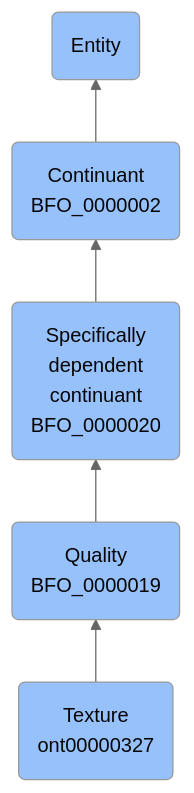
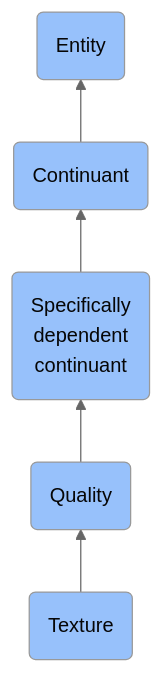
One commit to jupyter-naas/abi changed the diagram in docs/ontology/reference/model/Entity/Continuant/Specifically dependent continuant/Quality/Texture/Texture.md. Above: the diagram before and after it, drawn with Mermaid (neutral theme). The commit also changed other lines of this file and 1430 other files, not shown here.

````diff
--- a/docs/ontology/reference/model/Entity/Continuant/Specifically dependent continuant/Quality/Texture/Texture.md
+++ b/docs/ontology/reference/model/Entity/Continuant/Specifically dependent continuant/Quality/Texture/Texture.md
@@ -24,12 +24,12 @@
 ```mermaid
 graph BT
-    ont00000327(Texture<br>ont00000327):::BFO-->BFO_0000019
-    BFO_0000019(Quality<br>BFO_0000019):::BFO-->BFO_0000020
-    BFO_0000020(Specifically<br>dependent<br>continuant<br>BFO_0000020):::BFO-->BFO_0000002
-    BFO_0000002(Continuant<br>BFO_0000002):::BFO-->BFO_0000001
+    ont00000327(Texture):::BFO-->BFO_0000019
+    BFO_0000019(Quality):::BFO-->BFO_0000020
+    BFO_0000020(Specifically<br>dependent<br>continuant):::BFO-->BFO_0000002
+    BFO_0000002(Continuant):::BFO-->BFO_0000001
     BFO_0000001(Entity):::BFO
     
     classDef BFO fill:#97c1fb,color:#060606
     classDef CCO fill:#e4c51e,color:#060606
     classDef ABI fill:#48DD82,color:#060606
 ```
````
